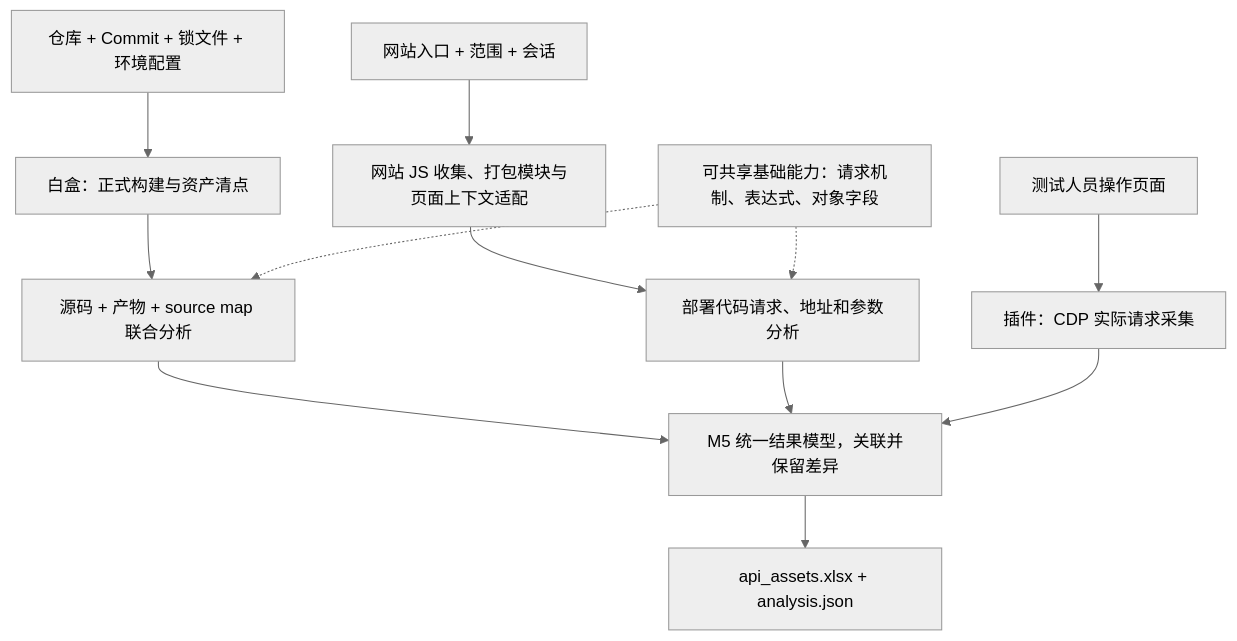
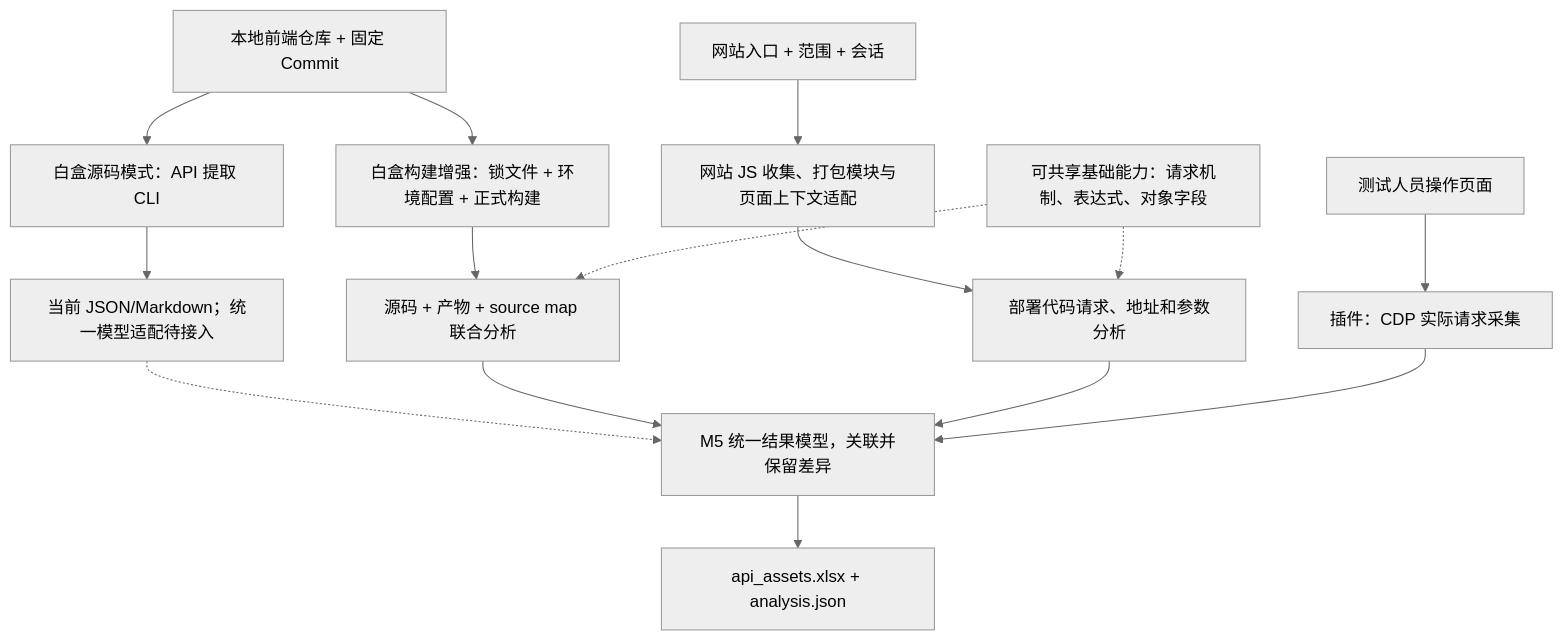
One commit to luohaijiang789/js-security changed the diagram in docs/API资产收集总方案.md. Above: the diagram before and after it, drawn with Mermaid (neutral theme). The commit also changed other lines of this file and 54 other files, not shown here.

````diff
--- a/docs/API资产收集总方案.md
+++ b/docs/API资产收集总方案.md
@@ -17,14 +17,17 @@
 ```mermaid
 flowchart TD
-    W["仓库 + Commit + 锁文件 + 环境配置"] --> WA["白盒：正式构建与资产清点"]
+    W["本地前端仓库 + 固定 Commit"] --> SRC["白盒源码模式：API 提取 CLI"]
+    W --> WA["白盒构建增强：锁文件 + 环境配置 + 正式构建"]
     WA --> WS["源码 + 产物 + source map 联合分析"]
     S["网站入口 + 范围 + 会话"] --> SA["网站 JS 收集、打包模块与页面上下文适配"]
     SA --> SS["部署代码请求、地址和参数分析"]
     B["测试人员操作页面"] --> BR["插件：CDP 实际请求采集"]
     C["可共享基础能力：请求机制、表达式、对象字段"] -.-> WS
     C -.-> SS
-    WS --> M["M5 统一结果模型，关联并保留差异"]
+    SRC --> P["当前 JSON/Markdown；统一模型适配待接入"]
+    P -.-> M["M5 统一结果模型，关联并保留差异"]
+    WS --> M
     SS --> M
     BR --> M
     M --> X["api_assets.xlsx + analysis.json"]
 ```
````
